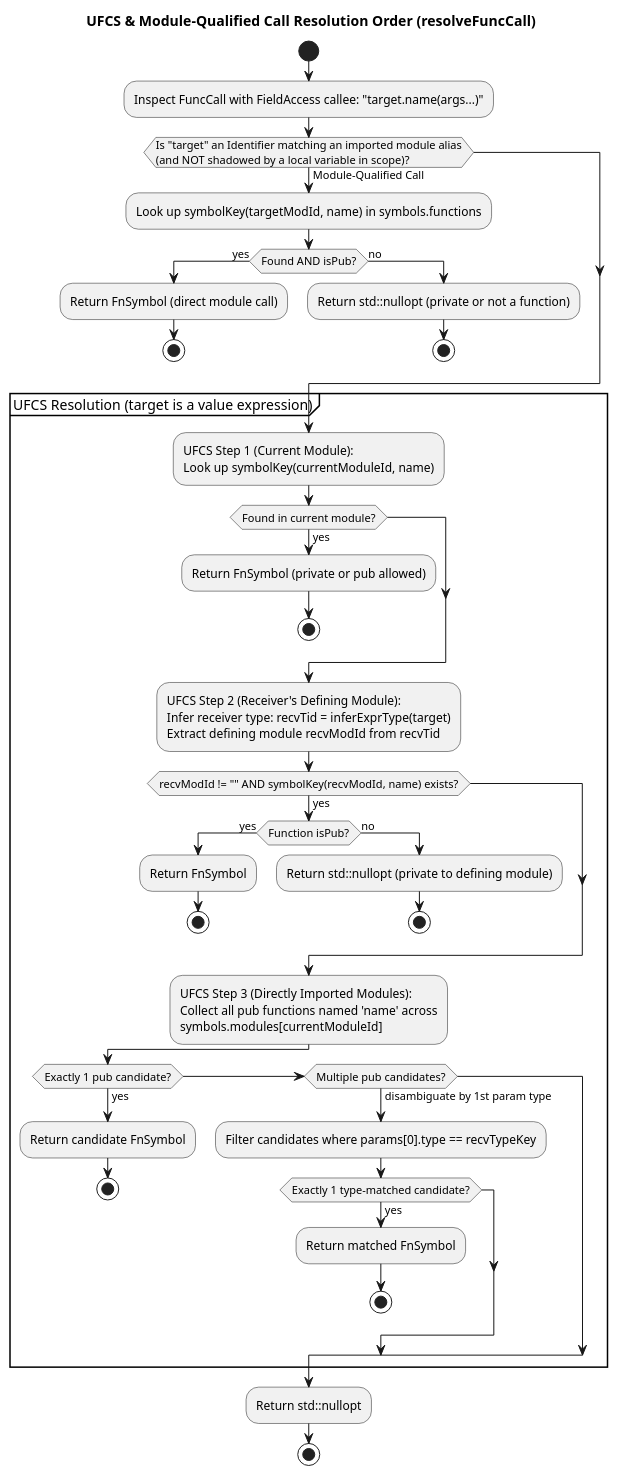
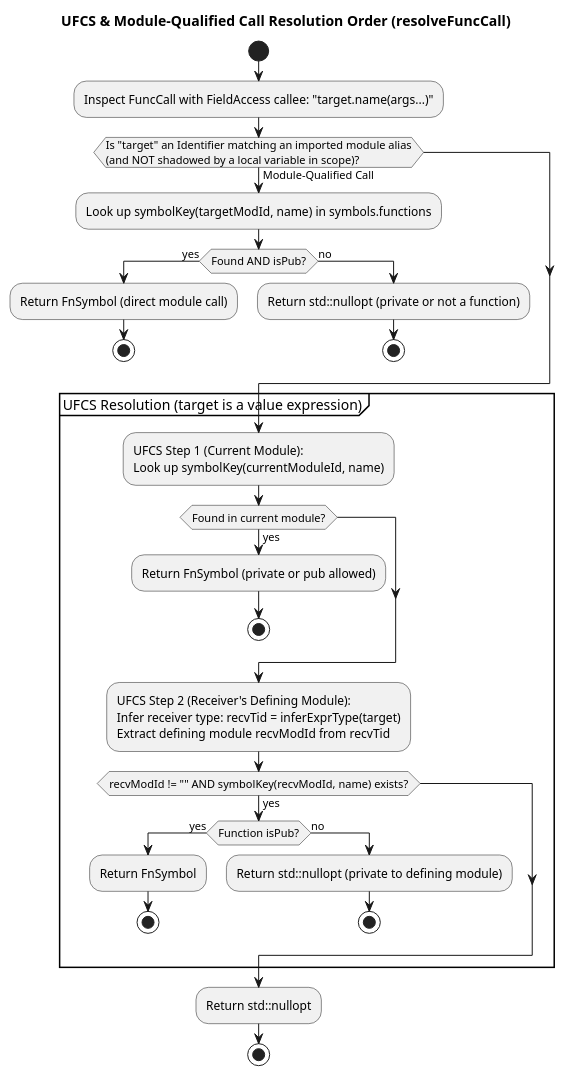
Before and after one commit to lawson89/clean_basic: the second of 2 diagrams in docs/semantic_analyzer.md, drawn with PlantUML. The commit also changed 3 other files, not shown here.

Commit message:
resolve ufcs only in current module

````diff
--- a/docs/semantic_analyzer.md
+++ b/docs/semantic_analyzer.md
@@ -146,60 +146,48 @@
 ```plantuml
 @startuml
 skinparam monochrome false
 title UFCS & Module-Qualified Call Resolution Order (resolveFuncCall)
 
 start
 :Inspect FuncCall with FieldAccess callee: "target.name(args...)";
 
 if (Is "target" an Identifier matching an imported module alias
 (and NOT shadowed by a local variable in scope)?) then (Module-Qualified Call)
   :Look up symbolKey(targetModId, name) in symbols.functions;
   if (Found AND isPub?) then (yes)
     :Return FnSymbol (direct module call);
     stop
   else (no)
     :Return std::nullopt (private or not a function);
     stop
   endif
 endif
 
 partition "UFCS Resolution (target is a value expression)" {
   :UFCS Step 1 (Current Module):
   Look up symbolKey(currentModuleId, name);
   if (Found in current module?) then (yes)
     :Return FnSymbol (private or pub allowed);
     stop
   endif
 
   :UFCS Step 2 (Receiver's Defining Module):
   Infer receiver type: recvTid = inferExprType(target)
   Extract defining module recvModId from recvTid;
   if (recvModId != "" AND symbolKey(recvModId, name) exists?) then (yes)
     if (Function isPub?) then (yes)
       :Return FnSymbol;
       stop
     else (no)
       :Return std::nullopt (private to defining module);
       stop
     endif
   endif
 
-  :UFCS Step 3 (Directly Imported Modules):
-  Collect all pub functions named 'name' across
-  symbols.modules[currentModuleId];
-  if (Exactly 1 pub candidate?) then (yes)
-    :Return candidate FnSymbol;
-    stop
-  elseif (Multiple pub candidates?) then (disambiguate by 1st param type)
-    :Filter candidates where params[0].type == recvTypeKey;
-    if (Exactly 1 type-matched candidate?) then (yes)
-      :Return matched FnSymbol;
-      stop
-    endif
-  endif
+
 }
 
 :Return std::nullopt;
 stop
 @enduml
 ```
````
